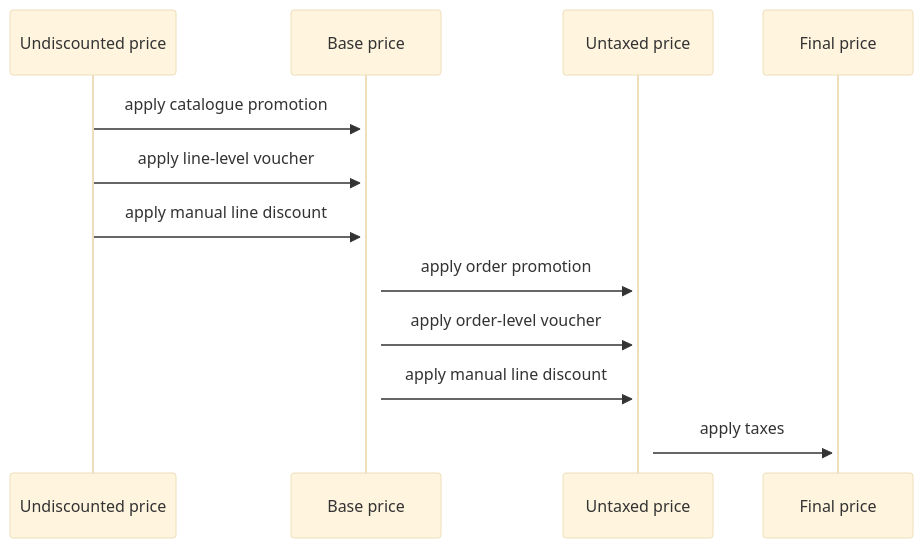
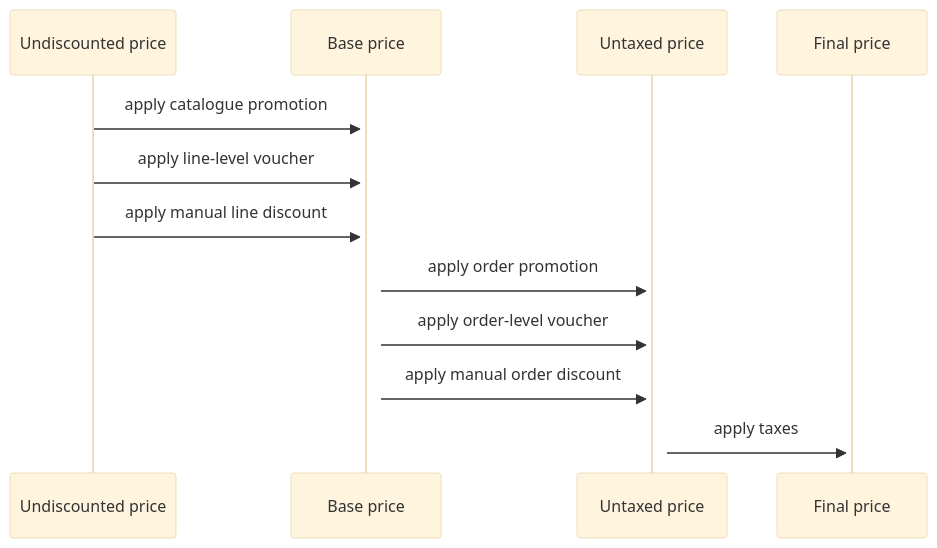
One commit to saleor/saleor-docs changed the diagram in docs/developer/price-calculation.mdx. Above: the diagram before and after it, drawn with Mermaid (base theme). The commit also changed other lines of this file, not shown here.

Commit message:
Fix mistakes in Price Calculation section

````diff
--- a/docs/developer/price-calculation.mdx
+++ b/docs/developer/price-calculation.mdx
@@ -16,10 +16,10 @@
 ```mermaid
 sequenceDiagram
     Undiscounted price->>+Base price: apply catalogue promotion
     Undiscounted price->>+Base price: apply line-level voucher
     Undiscounted price->>+Base price: apply manual line discount
     Base price->>+ Untaxed price: apply order promotion
     Base price->>+ Untaxed price: apply order-level voucher
-    Base price->>+ Untaxed price: apply manual line discount
+    Base price->>+ Untaxed price: apply manual order discount
     Untaxed price->>+ Final price: apply taxes
 ```
````
